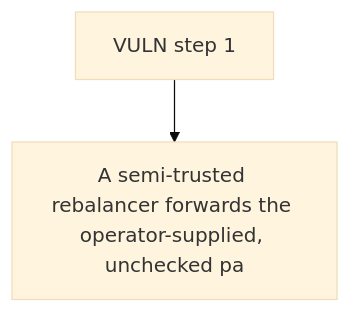
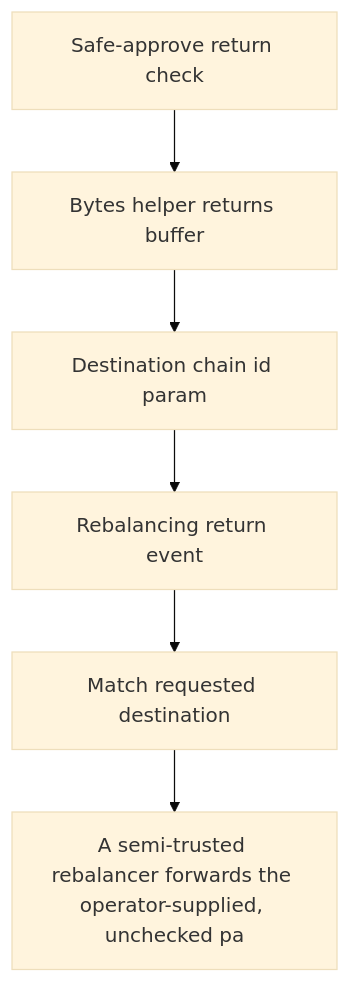
Before and after one commit to sanbir/evm-hack-registry: the diagram in 62723-h-1-rebalancer-can-steal-funds-from-markets-by-sending-to-cu_exp/62723-h-1-rebalancer-can-steal-funds-from-markets-by-sending-to-cu_exp.md, drawn with Mermaid (base theme). The commit also changed other lines of this file and 79 other files, not shown here.

````diff
--- a/62723-h-1-rebalancer-can-steal-funds-from-markets-by-sending-to-cu_exp/62723-h-1-rebalancer-can-steal-funds-from-markets-by-sending-to-cu_exp.md
+++ b/62723-h-1-rebalancer-can-steal-funds-from-markets-by-sending-to-cu_exp/62723-h-1-rebalancer-can-steal-funds-from-markets-by-sending-to-cu_exp.md
@@ -28,6 +28,14 @@
 ```mermaid
 flowchart TD
-  S0["VULN step 1"]
+  S0["Safe-approve return check"]
+  S1["Bytes helper returns buffer"]
+  S2["Destination chain id param"]
+  S3["Rebalancing return event"]
+  S4["Match requested destination"]
   H["A semi-trusted rebalancer forwards the operator-supplied, unchecked pa"]
-  S0 --> H
+  S0 --> S1
+  S1 --> S2
+  S2 --> S3
+  S3 --> S4
+  S4 --> H
 ```
````
